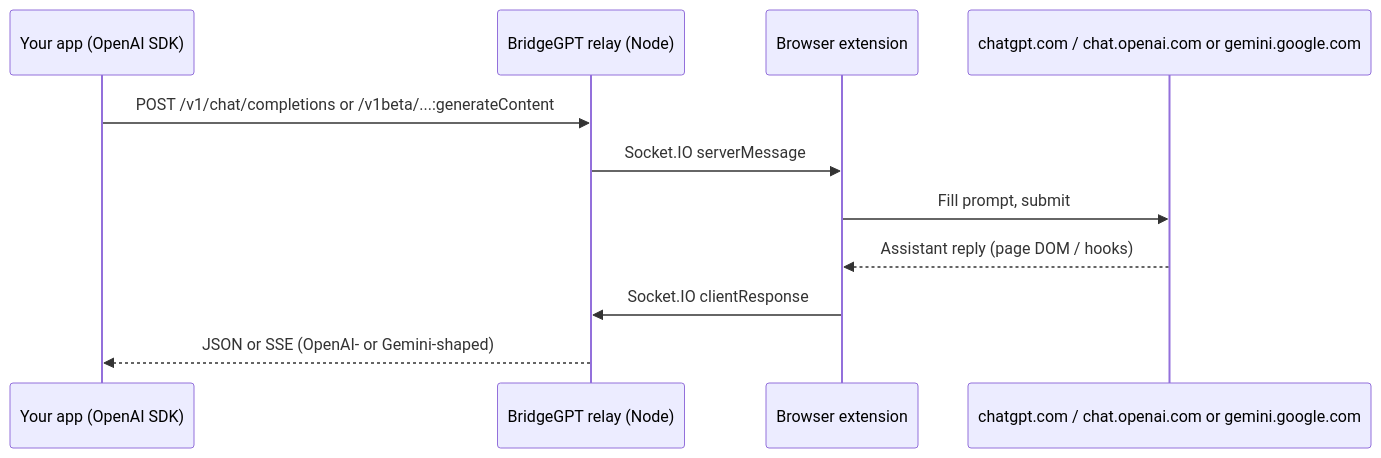
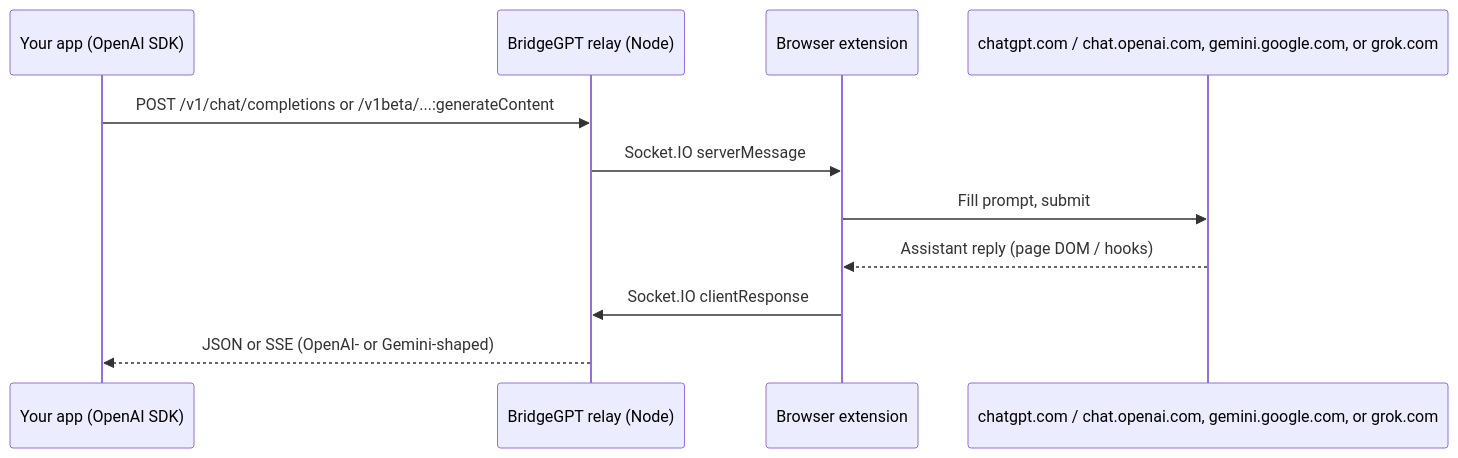
The diagram in README.md (ocmuuu/BridgeGPT), drawn with Mermaid before and after one commit. The commit also changed other lines of this file and 27 other files, not shown here.

First line of the commit message:
feat: add Grok (grok.com) web provider and relay UI

````diff
--- a/README.md
+++ b/README.md
@@ -51,14 +51,14 @@
 ```mermaid
 sequenceDiagram
   participant App as Your app (OpenAI SDK)
   participant Relay as BridgeGPT relay (Node)
   participant Ext as Browser extension
-  participant Web as chatgpt.com / chat.openai.com or gemini.google.com
+  participant Web as chatgpt.com / chat.openai.com, gemini.google.com, or grok.com
 
   App->>Relay: POST /v1/chat/completions or /v1beta/...:generateContent
   Relay->>Ext: Socket.IO serverMessage
   Ext->>Web: Fill prompt, submit
   Web-->>Ext: Assistant reply (page DOM / hooks)
   Ext->>Relay: Socket.IO clientResponse
   Relay-->>App: JSON or SSE (OpenAI- or Gemini-shaped)
 ```
````
